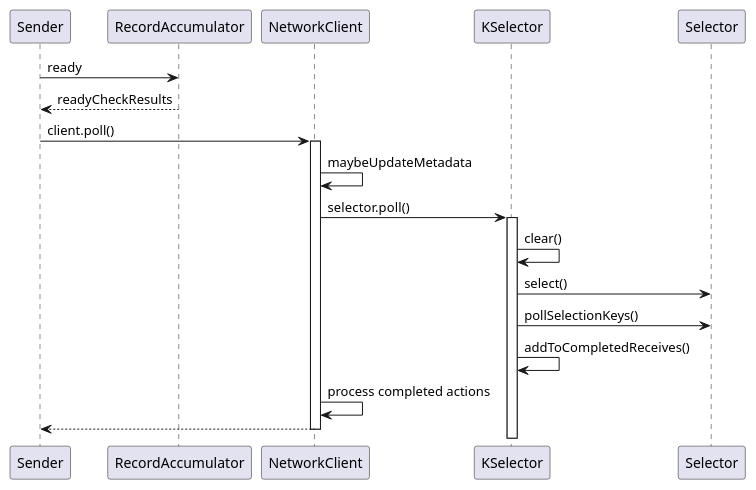
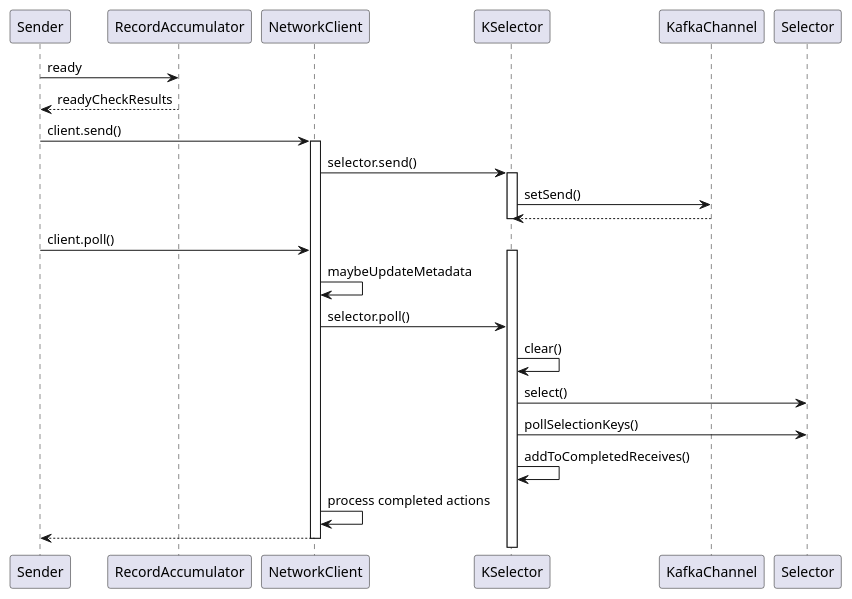
Before and after one commit to Robinpig/Note: the third of 3 diagrams in docs/CS/MQ/Kafka/Producer.md, drawn with PlantUML. The commit also changed other lines of this file and 2 other files, not shown here.

````diff
--- a/docs/CS/MQ/Kafka/Producer.md
+++ b/docs/CS/MQ/Kafka/Producer.md
@@ -751,16 +751,22 @@
 ```plantuml
 Sender ->  RecordAccumulator :ready
 RecordAccumulator -->  Sender :readyCheckResults
+Sender -> NetworkClient : client.send()
+activate NetworkClient
+NetworkClient -> KSelector : selector.send()
+activate KSelector
+KSelector -> KafkaChannel : setSend()
+KafkaChannel --> KSelector
+deactivate KSelector
 Sender -> NetworkClient : client.poll()
-activate NetworkClient
+activate KSelector
 NetworkClient -> NetworkClient : maybeUpdateMetadata
 NetworkClient -> KSelector : selector.poll()
-activate KSelector
 KSelector -> KSelector : clear()
 KSelector -> Selector : select()
 KSelector -> Selector : pollSelectionKeys()
 KSelector -> KSelector : addToCompletedReceives()
 NetworkClient -> NetworkClient : process completed actions
 deactivate Sender
 return
 ```
````
